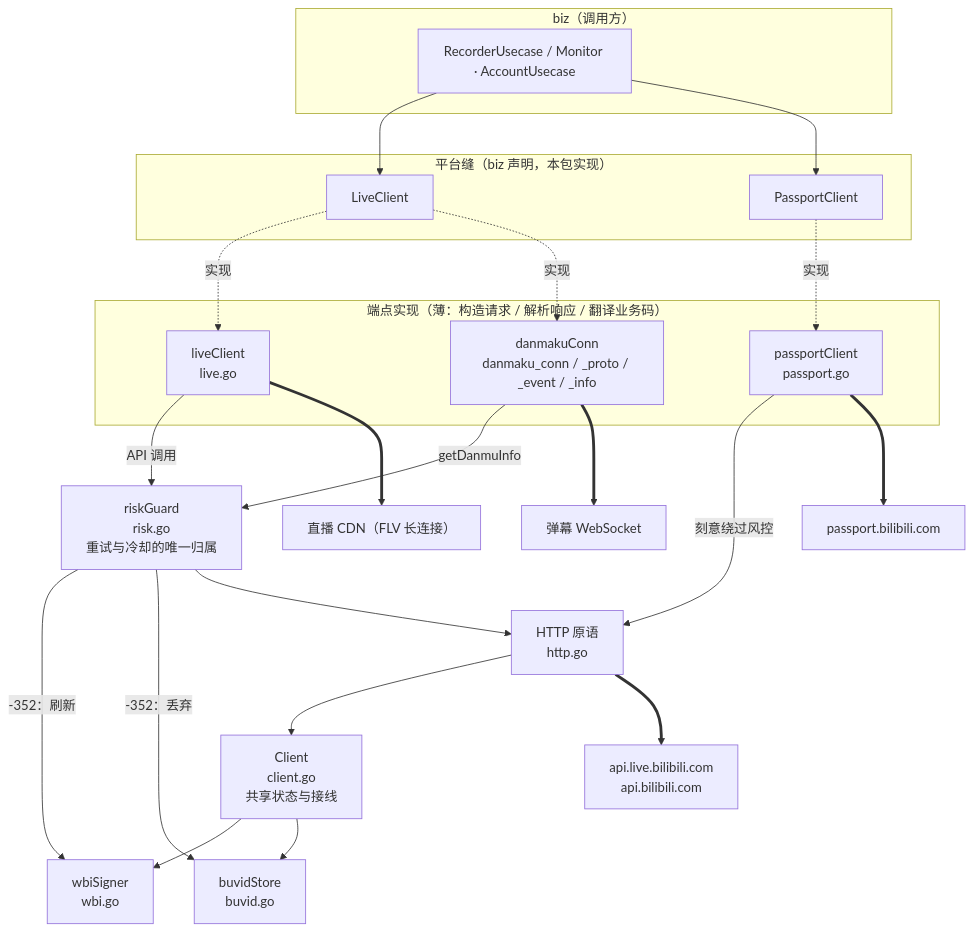
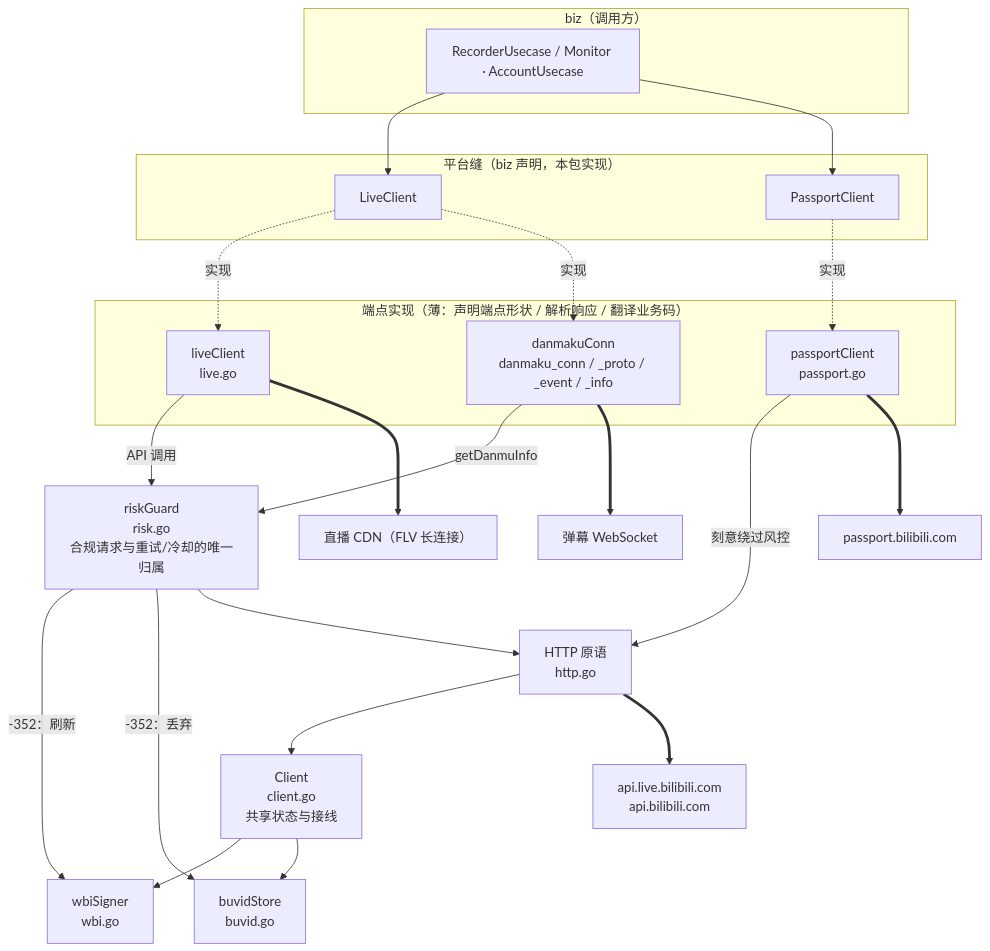
The diagram in internal/data/bili/README.md (xgbt/suika), drawn with Mermaid before and after one commit. The commit also changed other lines of this file and 17 other files, not shown here.

````diff
--- a/internal/data/bili/README.md
+++ b/internal/data/bili/README.md
@@ -7,45 +7,45 @@
 ```mermaid
 flowchart TB
     subgraph BIZ["biz（调用方）"]
         UC["RecorderUsecase / Monitor · AccountUsecase"]
     end
 
     subgraph SEAM["平台缝（biz 声明，本包实现）"]
         LCI["LiveClient"]
         PCI["PassportClient"]
     end
 
-    subgraph ENDPOINTS["端点实现（薄：构造请求 / 解析响应 / 翻译业务码）"]
+    subgraph ENDPOINTS["端点实现（薄：声明端点形状 / 解析响应 / 翻译业务码）"]
         LIVE["liveClient<br/>live.go"]
         DM["danmakuConn<br/>danmaku_conn / _proto / _event / _info"]
         PASS["passportClient<br/>passport.go"]
     end
 
-    RISK["riskGuard<br/>risk.go<br/>重试与冷却的唯一归属"]
+    RISK["riskGuard<br/>risk.go<br/>合规请求与重试/冷却的唯一归属"]
     HTTP["HTTP 原语<br/>http.go"]
     CLIENT["Client<br/>client.go<br/>共享状态与接线"]
     WBI["wbiSigner<br/>wbi.go"]
     BUVID["buvidStore<br/>buvid.go"]
 
     UC --> LCI
     UC --> PCI
     LCI -.->|"实现"| LIVE
     LCI -.->|"实现"| DM
     PCI -.->|"实现"| PASS
 
     LIVE -->|"API 调用"| RISK
     DM -->|"getDanmuInfo"| RISK
     RISK -->|"-352：刷新"| WBI
     RISK -->|"-352：丢弃"| BUVID
     RISK --> HTTP
     PASS -->|"刻意绕过风控"| HTTP
 
     HTTP --> CLIENT
     CLIENT --> WBI
     CLIENT --> BUVID
 
     HTTP ==> BILIAPI["api.live.bilibili.com<br/>api.bilibili.com"]
     LIVE ==> CDN["直播 CDN（FLV 长连接）"]
     DM ==> WS["弹幕 WebSocket"]
     PASS ==> PP["passport.bilibili.com"]
 ```
````
